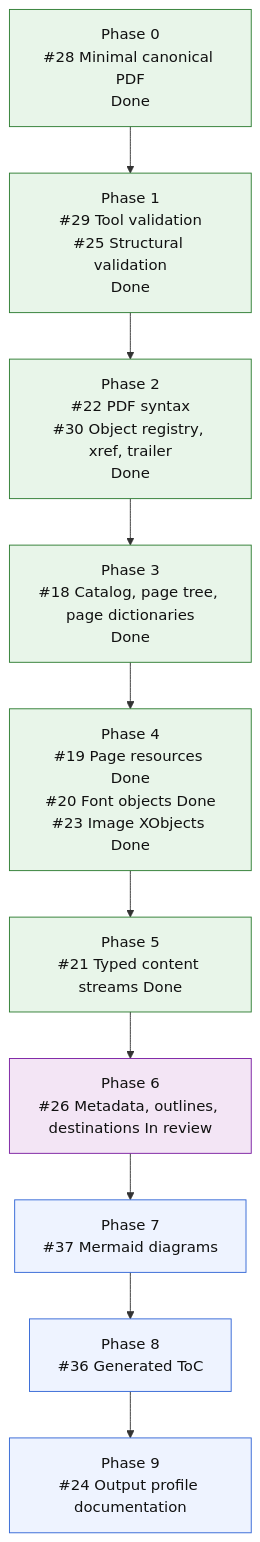
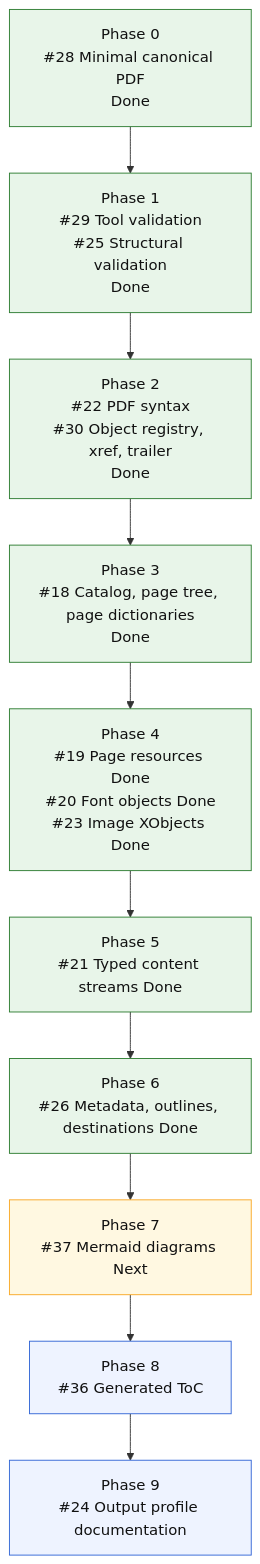
Before and after one commit to mihaelamj/MarkdownPDF: the diagram in README.md, drawn with Mermaid.

Commit message:
docs(roadmap): mark document navigation done

````diff
--- a/README.md
+++ b/README.md
@@ -127,24 +127,24 @@
 ```mermaid
 flowchart TD
     P0["Phase 0<br/>#28 Minimal canonical PDF<br/>Done"]
     P1["Phase 1<br/>#29 Tool validation<br/>#25 Structural validation<br/>Done"]
     P2["Phase 2<br/>#22 PDF syntax<br/>#30 Object registry, xref, trailer<br/>Done"]
     P3["Phase 3<br/>#18 Catalog, page tree, page dictionaries<br/>Done"]
     P4["Phase 4<br/>#19 Page resources Done<br/>#20 Font objects Done<br/>#23 Image XObjects Done"]
     P5["Phase 5<br/>#21 Typed content streams Done"]
-    P6["Phase 6<br/>#26 Metadata, outlines, destinations In review"]
-    P7["Phase 7<br/>#37 Mermaid diagrams"]
+    P6["Phase 6<br/>#26 Metadata, outlines, destinations Done"]
+    P7["Phase 7<br/>#37 Mermaid diagrams Next"]
     P8["Phase 8<br/>#36 Generated ToC"]
     P9["Phase 9<br/>#24 Output profile documentation"]
 
     P0 --> P1 --> P2 --> P3 --> P4 --> P5 --> P6 --> P7 --> P8 --> P9
 
     classDef done fill:#e8f5e9,stroke:#2e7d32,color:#111;
     classDef active fill:#e3f2fd,stroke:#1565c0,color:#111;
     classDef review fill:#f3e5f5,stroke:#7b1fa2,color:#111;
     classDef next fill:#fff8e1,stroke:#f9a825,color:#111;
     classDef todo fill:#eef3ff,stroke:#3367d6,color:#111;
-    class P0,P1,P2,P3,P4,P5 done;
-    class P6 review;
-    class P7,P8,P9 todo;
+    class P0,P1,P2,P3,P4,P5,P6 done;
+    class P7 next;
+    class P8,P9 todo;
 ```
````
